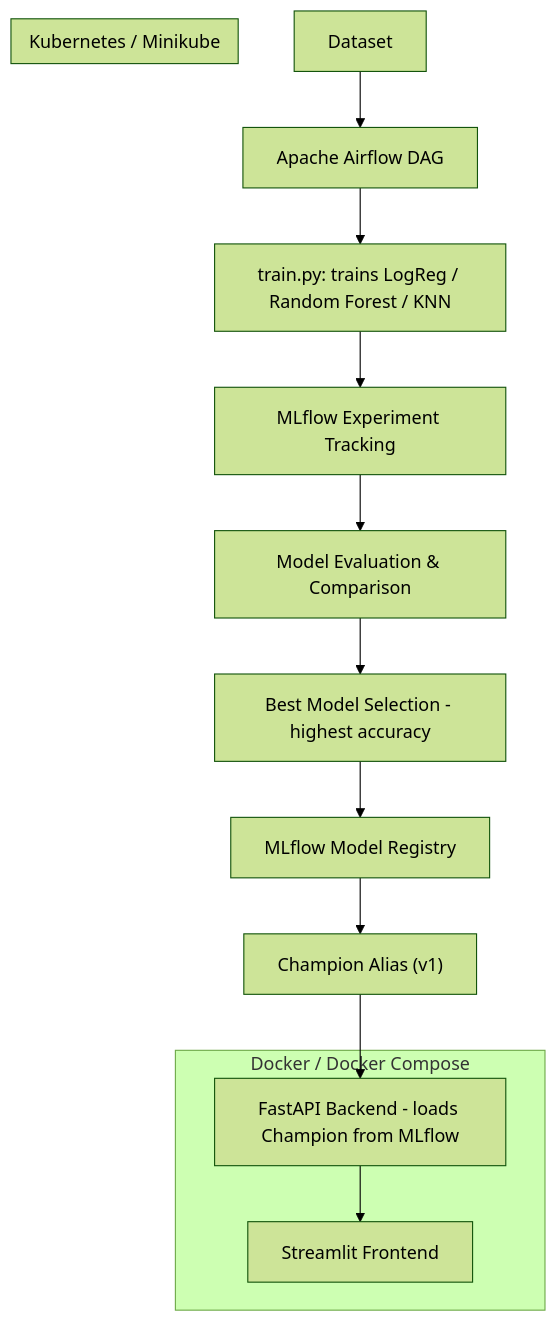
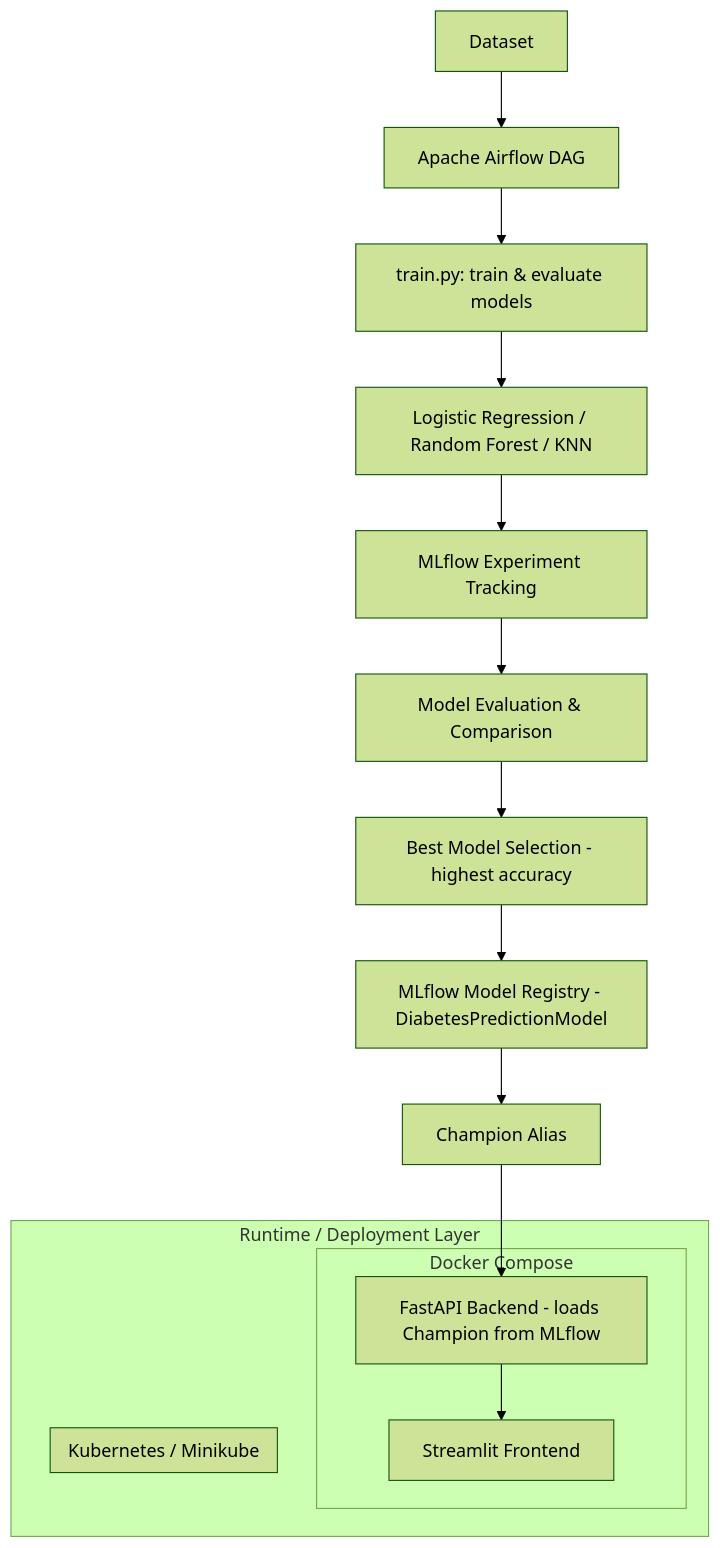
Before and after one commit to rizwanahmed786508/diabetes-prediction-system: the diagram in README.md, drawn with Mermaid (forest theme). The commit also changed other lines of this file, not shown here.

````diff
--- a/README.md
+++ b/README.md
@@ -90,22 +121,24 @@
 ```mermaid
 flowchart TD
-    A[Dataset] --> B[Apache Airflow DAG]
-    B --> C[train.py: trains LogReg / Random Forest / KNN]
-    C --> D[MLflow Experiment Tracking]
-    D --> E[Model Evaluation & Comparison]
-    E --> F[Best Model Selection - highest accuracy]
-    F --> G[MLflow Model Registry]
-    G --> H["Champion Alias (v1)"]
-    H --> I[FastAPI Backend - loads Champion from MLflow]
-    I --> J[Streamlit Frontend]
+    A[Dataset] --> B["Apache Airflow DAG"]
+    B --> C["train.py: train & evaluate models"]
+    C --> D["Logistic Regression / Random Forest / KNN"]
+    D --> E["MLflow Experiment Tracking"]
+    E --> F["Model Evaluation & Comparison"]
+    F --> G["Best Model Selection - highest accuracy"]
+    G --> H["MLflow Model Registry - DiabetesPredictionModel"]
+    H --> I["Champion Alias"]
+    I --> J["FastAPI Backend - loads Champion from MLflow"]
+    J --> K["Streamlit Frontend"]
 
-    subgraph Docker[Docker / Docker Compose]
-        I
-        J
-    end
-
-    subgraph K8s[Kubernetes / Minikube]
-        I
-        J
+    subgraph RUNTIME["Runtime / Deployment Layer"]
+        subgraph COMPOSE["Docker Compose"]
+            J
+            K
+        end
+        subgraph K8S["Kubernetes / Minikube"]
+            J
+            K
+        end
     end
 ```
````
